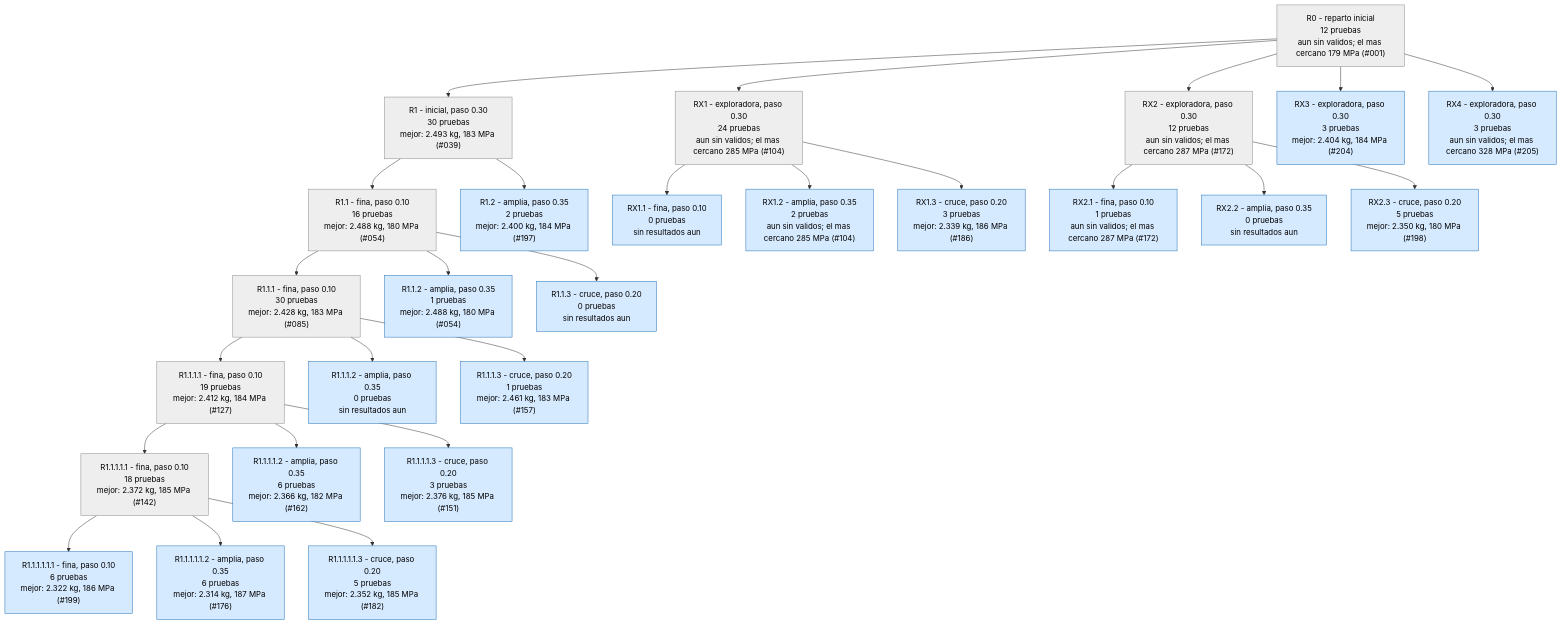
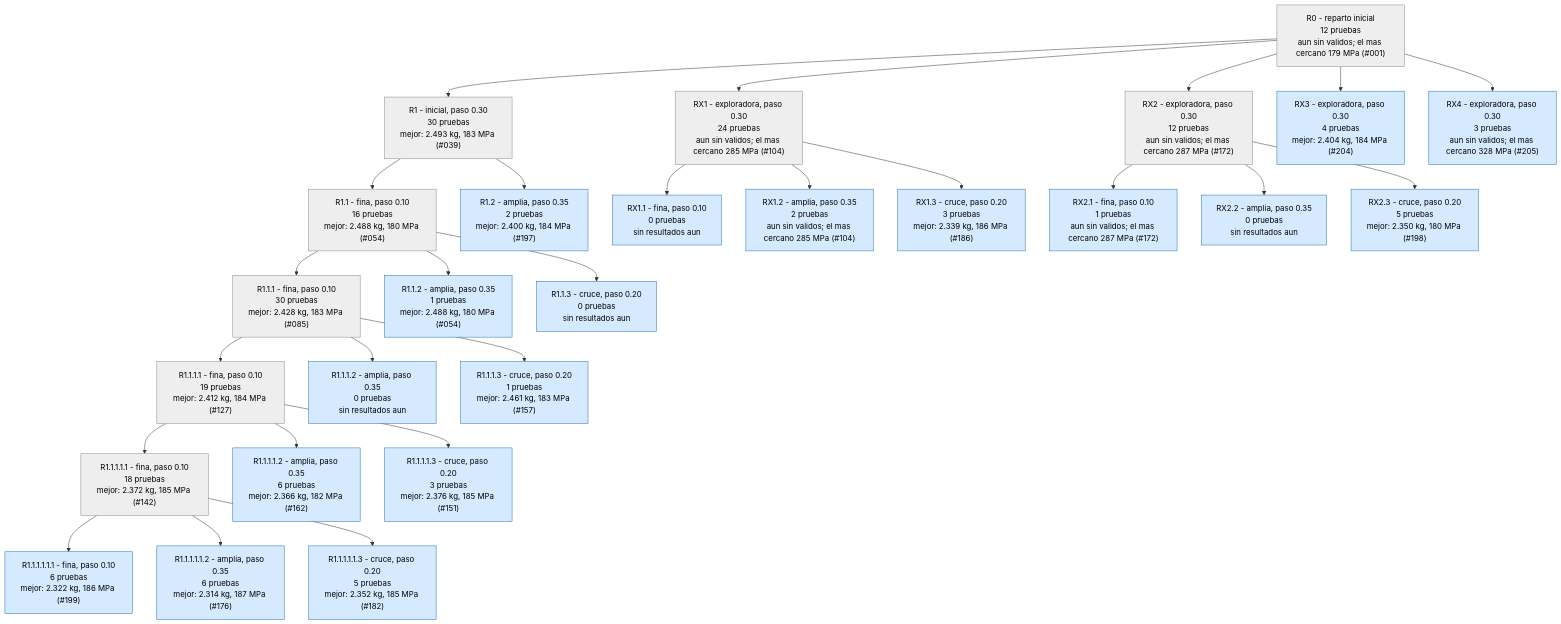
One commit to Hugiko/msd-soporte-optimizacion changed the second of 4 diagrams in runs/opt_37800N/ARBOL.md. Above: the diagram before and after it, drawn with Mermaid. The commit also changed 20 other files, not shown here.

````diff
--- a/runs/opt_37800N/ARBOL.md
+++ b/runs/opt_37800N/ARBOL.md
@@ -49,57 +49,57 @@
 ```mermaid
 graph TD
 classDef activa fill:#d6eaff,stroke:#1f6fb5,color:#000
 classDef fin fill:#eeeeee,stroke:#888,color:#000
 classDef mejor fill:#c8f0c0,stroke:#1a9850,stroke-width:4px,color:#000
 R0["R0 - reparto inicial<br/>12 pruebas<br/>aun sin validos; el mas cercano 179 MPa (#001)"]:::fin
 R1["R1 - inicial, paso 0.30<br/>30 pruebas<br/>mejor: 2.493 kg, 183 MPa (#039)"]:::fin
 R0 --> R1
 R1_1["R1.1 - fina, paso 0.10<br/>16 pruebas<br/>mejor: 2.488 kg, 180 MPa (#054)"]:::fin
 R1 --> R1_1
 R1_2["R1.2 - amplia, paso 0.35<br/>2 pruebas<br/>mejor: 2.400 kg, 184 MPa (#197)"]:::activa
 R1 --> R1_2
 R1_1_1["R1.1.1 - fina, paso 0.10<br/>30 pruebas<br/>mejor: 2.428 kg, 183 MPa (#085)"]:::fin
 R1_1 --> R1_1_1
 R1_1_2["R1.1.2 - amplia, paso 0.35<br/>1 pruebas<br/>mejor: 2.488 kg, 180 MPa (#054)"]:::activa
 R1_1 --> R1_1_2
 R1_1_3["R1.1.3 - cruce, paso 0.20<br/>0 pruebas<br/>sin resultados aun"]:::activa
 R1_1 --> R1_1_3
 R1_1_1_1["R1.1.1.1 - fina, paso 0.10<br/>19 pruebas<br/>mejor: 2.412 kg, 184 MPa (#127)"]:::fin
 R1_1_1 --> R1_1_1_1
 R1_1_1_2["R1.1.1.2 - amplia, paso 0.35<br/>0 pruebas<br/>sin resultados aun"]:::activa
 R1_1_1 --> R1_1_1_2
 R1_1_1_3["R1.1.1.3 - cruce, paso 0.20<br/>1 pruebas<br/>mejor: 2.461 kg, 183 MPa (#157)"]:::activa
 R1_1_1 --> R1_1_1_3
 RX1["RX1 - exploradora, paso 0.30<br/>24 pruebas<br/>aun sin validos; el mas cercano 285 MPa (#104)"]:::fin
 R0 --> RX1
 RX1_1["RX1.1 - fina, paso 0.10<br/>0 pruebas<br/>sin resultados aun"]:::activa
 RX1 --> RX1_1
 RX1_2["RX1.2 - amplia, paso 0.35<br/>2 pruebas<br/>aun sin validos; el mas cercano 285 MPa (#104)"]:::activa
 RX1 --> RX1_2
 RX1_3["RX1.3 - cruce, paso 0.20<br/>3 pruebas<br/>mejor: 2.339 kg, 186 MPa (#186)"]:::activa
 RX1 --> RX1_3
 R1_1_1_1_1["R1.1.1.1.1 - fina, paso 0.10<br/>18 pruebas<br/>mejor: 2.372 kg, 185 MPa (#142)"]:::fin
 R1_1_1_1 --> R1_1_1_1_1
 R1_1_1_1_2["R1.1.1.1.2 - amplia, paso 0.35<br/>6 pruebas<br/>mejor: 2.366 kg, 182 MPa (#162)"]:::activa
 R1_1_1_1 --> R1_1_1_1_2
 R1_1_1_1_3["R1.1.1.1.3 - cruce, paso 0.20<br/>3 pruebas<br/>mejor: 2.376 kg, 185 MPa (#151)"]:::activa
 R1_1_1_1 --> R1_1_1_1_3
 R1_1_1_1_1_1["R1.1.1.1.1.1 - fina, paso 0.10<br/>6 pruebas<br/>mejor: 2.322 kg, 186 MPa (#199)"]:::activa
 R1_1_1_1_1 --> R1_1_1_1_1_1
 R1_1_1_1_1_2["R1.1.1.1.1.2 - amplia, paso 0.35<br/>6 pruebas<br/>mejor: 2.314 kg, 187 MPa (#176)"]:::activa
 R1_1_1_1_1 --> R1_1_1_1_1_2
 R1_1_1_1_1_3["R1.1.1.1.1.3 - cruce, paso 0.20<br/>5 pruebas<br/>mejor: 2.352 kg, 185 MPa (#182)"]:::activa
 R1_1_1_1_1 --> R1_1_1_1_1_3
 RX2["RX2 - exploradora, paso 0.30<br/>12 pruebas<br/>aun sin validos; el mas cercano 287 MPa (#172)"]:::fin
 R0 --> RX2
 RX2_1["RX2.1 - fina, paso 0.10<br/>1 pruebas<br/>aun sin validos; el mas cercano 287 MPa (#172)"]:::activa
 RX2 --> RX2_1
 RX2_2["RX2.2 - amplia, paso 0.35<br/>0 pruebas<br/>sin resultados aun"]:::activa
 RX2 --> RX2_2
 RX2_3["RX2.3 - cruce, paso 0.20<br/>5 pruebas<br/>mejor: 2.350 kg, 180 MPa (#198)"]:::activa
 RX2 --> RX2_3
-RX3["RX3 - exploradora, paso 0.30<br/>3 pruebas<br/>mejor: 2.404 kg, 184 MPa (#204)"]:::activa
+RX3["RX3 - exploradora, paso 0.30<br/>4 pruebas<br/>mejor: 2.404 kg, 184 MPa (#204)"]:::activa
 R0 --> RX3
 RX4["RX4 - exploradora, paso 0.30<br/>3 pruebas<br/>aun sin validos; el mas cercano 328 MPa (#205)"]:::activa
 R0 --> RX4
 ```
````
